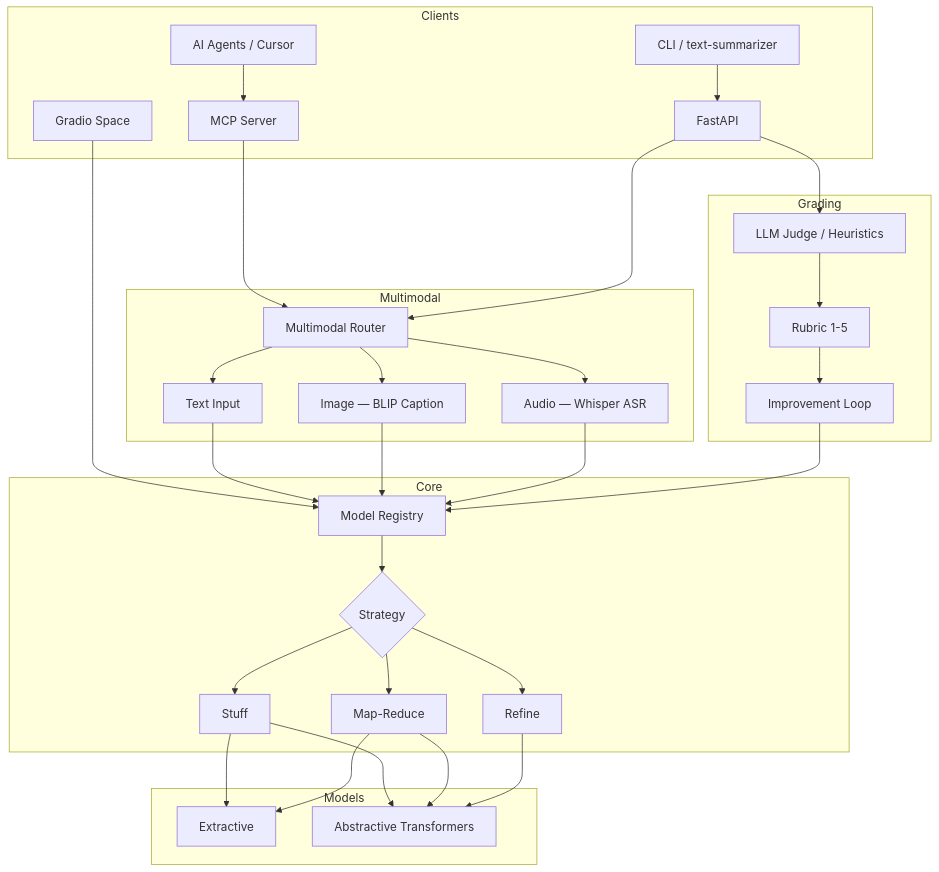
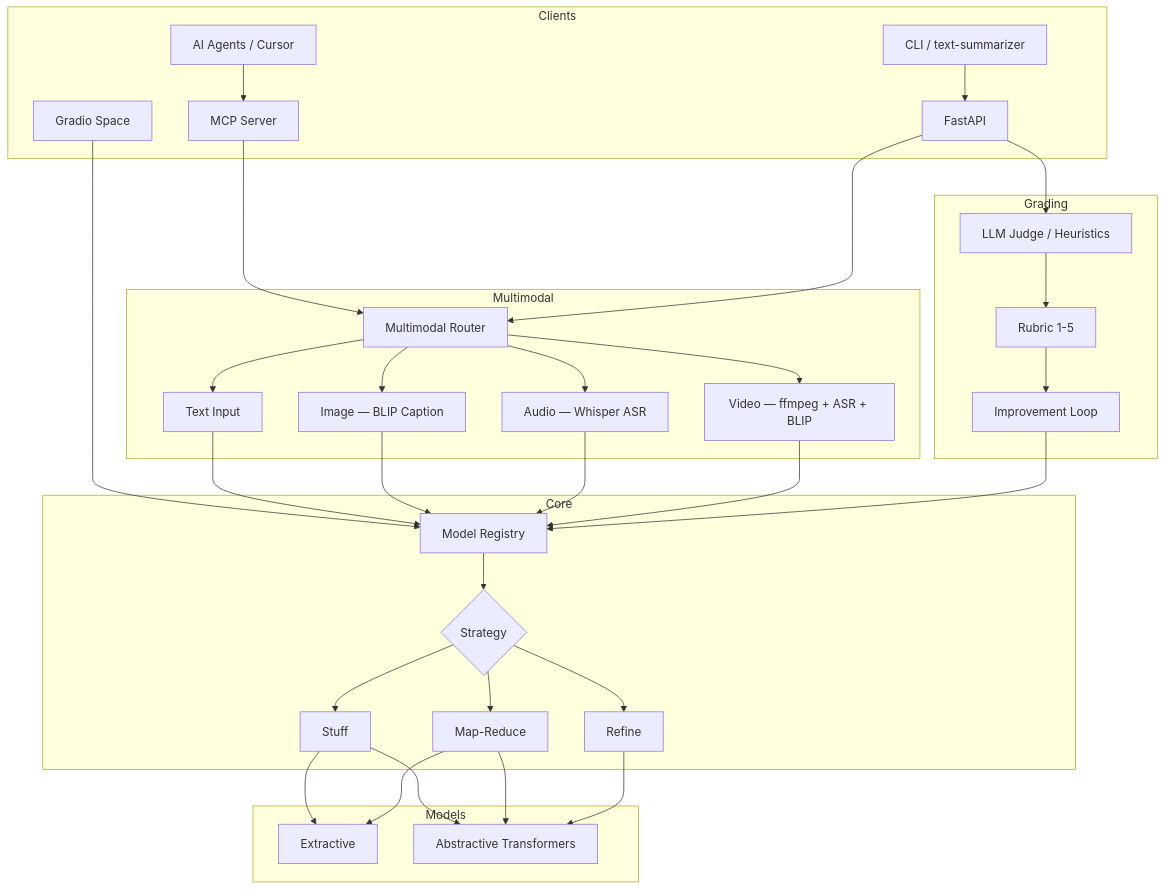
Before and after one commit to askmy-stack/nexus-forge: the diagram in README.md, drawn with Mermaid. The commit also changed other lines of this file and 13 other files, not shown here.

First line of the commit message:
feat: add video summarization with ffmpeg, Whisper, and BLIP

````diff
--- a/README.md
+++ b/README.md
@@ -44,61 +44,64 @@
 ```mermaid
 flowchart TB
     subgraph Clients
         CLI[CLI / text-summarizer]
         API[FastAPI]
         MCP[MCP Server]
         HF[Gradio Space]
         AGENT[AI Agents / Cursor]
     end
 
     subgraph Multimodal
         ROUTER[Multimodal Router]
         IMG[Image — BLIP Caption]
         AUD[Audio — Whisper ASR]
+        VID[Video — ffmpeg + ASR + BLIP]
         TXT[Text Input]
     end
 
     subgraph Core
         REG[Model Registry]
         STRAT{Strategy}
         STUFF[Stuff]
         MR[Map-Reduce]
         RF[Refine]
     end
 
     subgraph Grading
         JUDGE[LLM Judge / Heuristics]
         RUBRIC[Rubric 1-5]
         LOOP[Improvement Loop]
     end
 
   subgraph Models
         EXT[Extractive]
         ABS[Abstractive Transformers]
     end
 
     CLI --> API
     AGENT --> MCP
     MCP --> ROUTER
     HF --> REG
     API --> ROUTER
     API --> JUDGE
     ROUTER --> TXT
     ROUTER --> IMG
     ROUTER --> AUD
+    ROUTER --> VID
     TXT --> REG
     IMG --> REG
     AUD --> REG
+    VID --> REG
     REG --> STRAT
     STRAT --> STUFF
     STRAT --> MR
     STRAT --> RF
     STUFF --> EXT
     STUFF --> ABS
     MR --> EXT
     MR --> ABS
     RF --> ABS
     JUDGE --> RUBRIC
     RUBRIC --> LOOP
     LOOP --> REG
 ```
````
